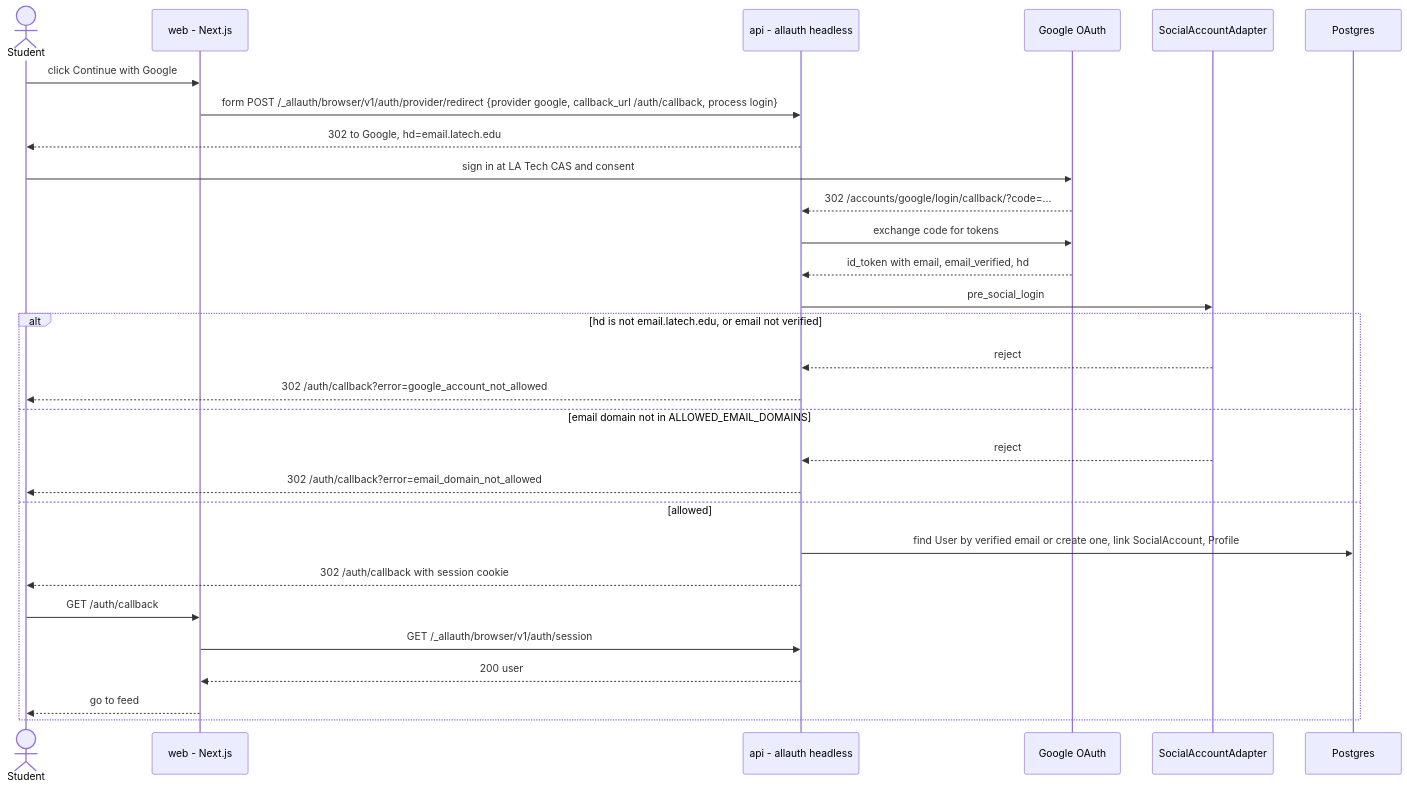
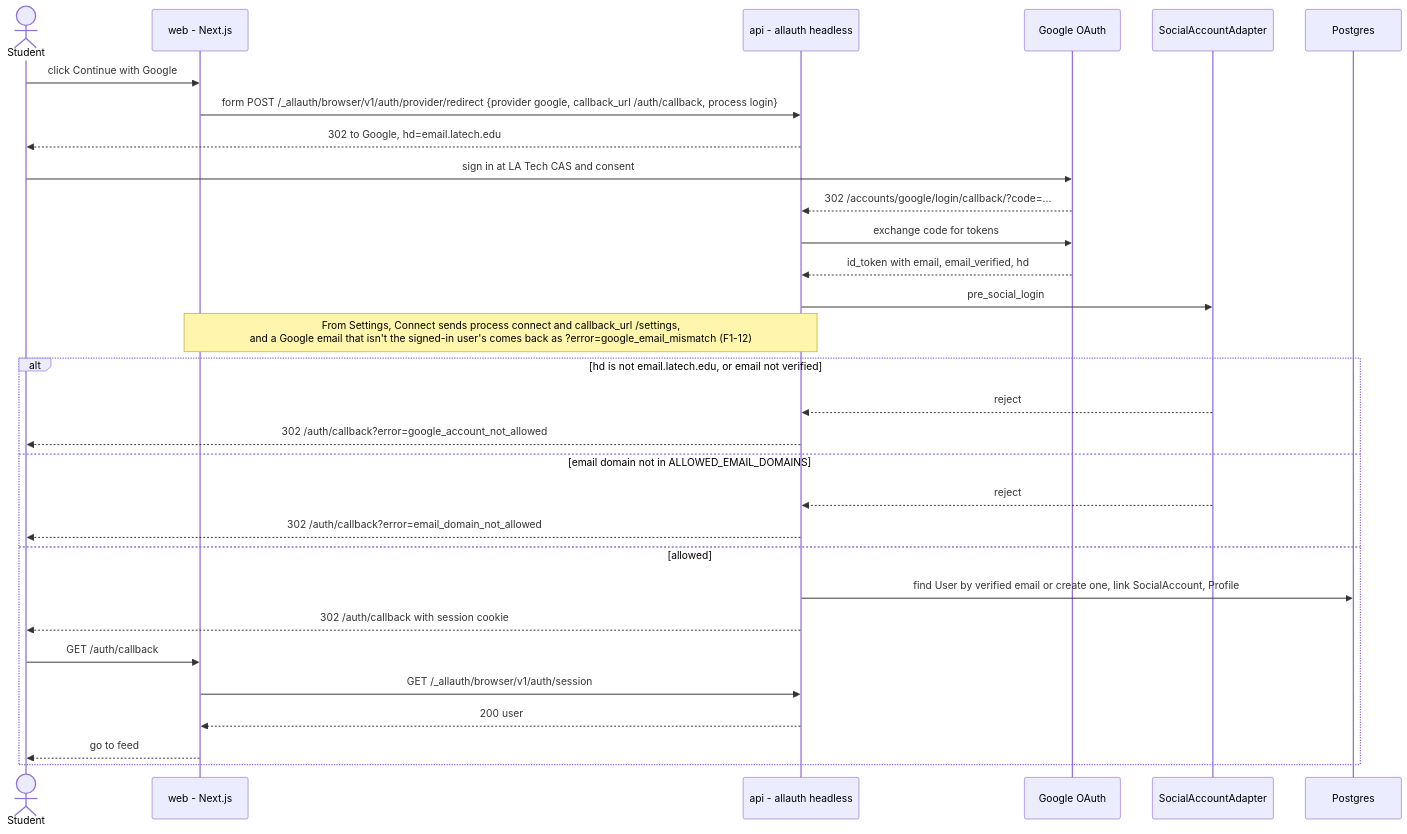
One commit to season101/teammatch changed the second of 6 diagrams in docs/architecture/flows.md. Above: the diagram before and after it, drawn with Mermaid. The commit also changed 10 other files, not shown here.

````diff
--- a/docs/architecture/flows.md
+++ b/docs/architecture/flows.md
@@ -43,32 +43,33 @@
 ```mermaid
 sequenceDiagram
     actor U as Student
     participant W as web - Next.js
     participant A as api - allauth headless
     participant G as Google OAuth
     participant AD as SocialAccountAdapter
     participant DB as Postgres
 
     U->>W: click Continue with Google
     W->>A: form POST /_allauth/browser/v1/auth/provider/redirect {provider google, callback_url /auth/callback, process login}
     A-->>U: 302 to Google, hd=email.latech.edu
     U->>G: sign in at LA Tech CAS and consent
     G-->>A: 302 /accounts/google/login/callback/?code=...
     A->>G: exchange code for tokens
     G-->>A: id_token with email, email_verified, hd
     A->>AD: pre_social_login
+    Note over W,A: From Settings, Connect sends process connect and callback_url /settings,<br/>and a Google email that isn't the signed-in user's comes back as ?error=google_email_mismatch (F1-12)
     alt hd is not email.latech.edu, or email not verified
         AD-->>A: reject
         A-->>U: 302 /auth/callback?error=google_account_not_allowed
     else email domain not in ALLOWED_EMAIL_DOMAINS
         AD-->>A: reject
         A-->>U: 302 /auth/callback?error=email_domain_not_allowed
     else allowed
         A->>DB: find User by verified email or create one, link SocialAccount, Profile
         A-->>U: 302 /auth/callback with session cookie
         U->>W: GET /auth/callback
         W->>A: GET /_allauth/browser/v1/auth/session
         A-->>W: 200 user
         W-->>U: go to feed
     end
 ```
````
